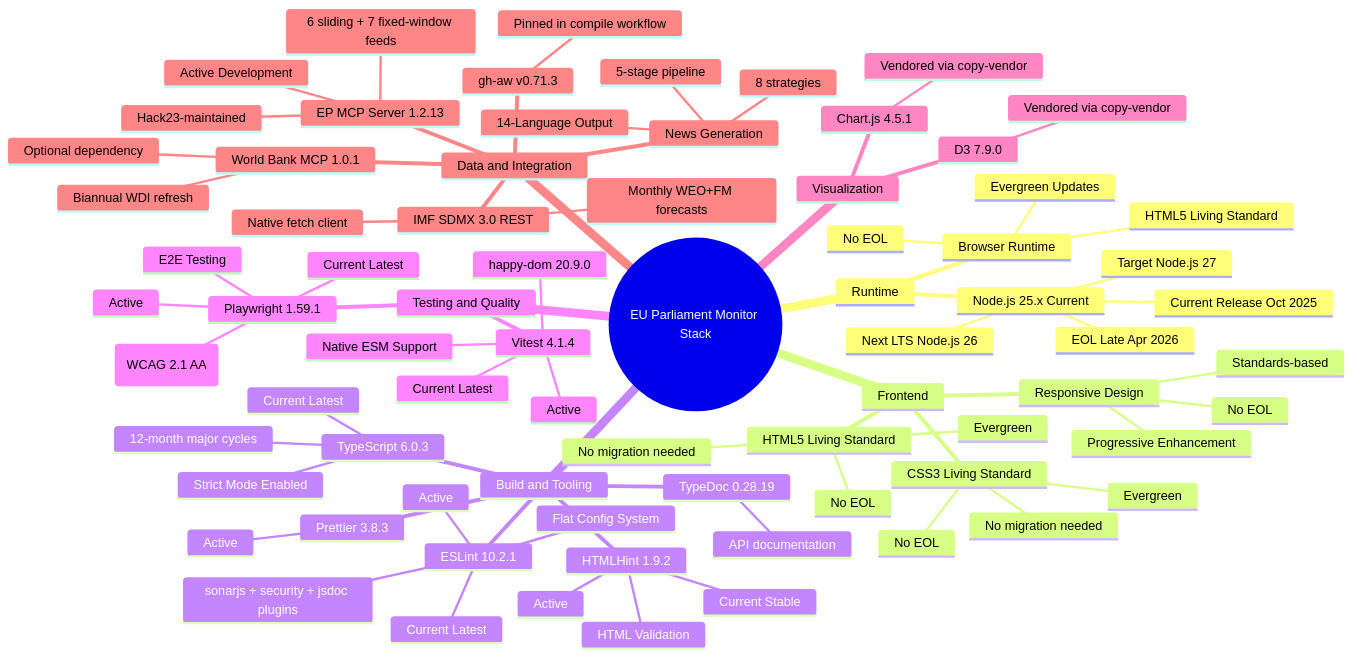
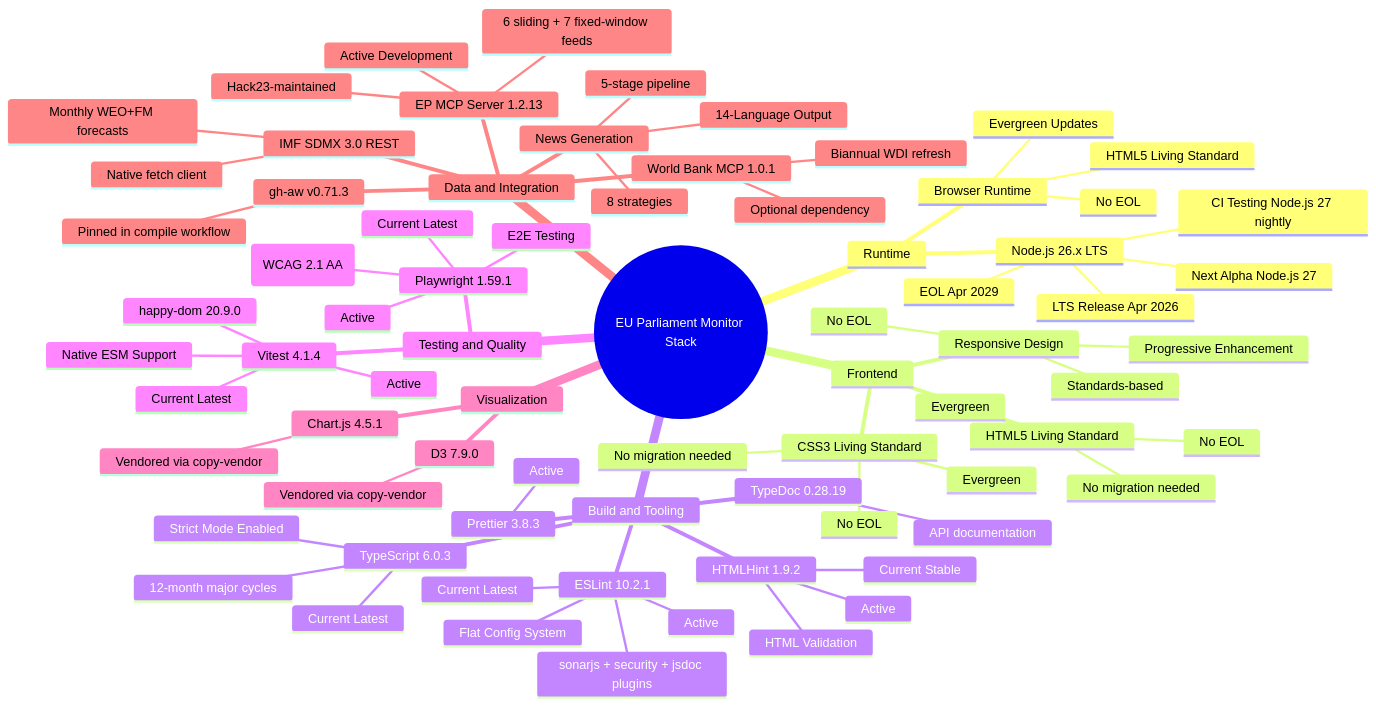
The first of 6 diagrams in End-of-Life-Strategy.md (Hack23/euparliamentmonitor), drawn with Mermaid before and after one commit. The commit also changed other lines of this file and 99 other files, not shown here.

Commit message:
chore: upgrade Node.js 25→26, add Node.js 27 nightly CI testing

````diff
--- a/End-of-Life-Strategy.md
+++ b/End-of-Life-Strategy.md
@@ -88,78 +88,78 @@
 ```mermaid
 mindmap
   root((EU Parliament Monitor Stack))
     Runtime
-      Node.js 25.x Current
-        Current Release Oct 2025
-        EOL Late Apr 2026
-        Next LTS Node.js 26
-        Target Node.js 27
+      Node.js 26.x LTS
+        LTS Release Apr 2026
+        EOL Apr 2029
+        Next Alpha Node.js 27
+        CI Testing Node.js 27 nightly
       Browser Runtime
         Evergreen Updates
         No EOL
         HTML5 Living Standard
     Frontend
       HTML5 Living Standard
         Evergreen
         No EOL
         No migration needed
       CSS3 Living Standard
         Evergreen
         No EOL
         No migration needed
       Responsive Design
         Standards-based
         No EOL
         Progressive Enhancement
     Build and Tooling
       TypeScript 6.0.3
         Current Latest
         12-month major cycles
         Strict Mode Enabled
       ESLint 10.2.1
         Current Latest
         Active
         Flat Config System
         sonarjs + security + jsdoc plugins
       HTMLHint 1.9.2
         Current Stable
         Active
         HTML Validation
       Prettier 3.8.3
         Active
       TypeDoc 0.28.19
         API documentation
     Testing and Quality
       Vitest 4.1.4
         Current Latest
         Active
         Native ESM Support
         happy-dom 20.9.0
       Playwright 1.59.1
         Current Latest
         Active
         E2E Testing
         axe-core 4.11.2 (WCAG 2.1 AA)
     Visualization
       Chart.js 4.5.1
         Vendored via copy-vendor
       D3 7.9.0
         Vendored via copy-vendor
     Data and Integration
       EP MCP Server 1.2.13
         Active Development
         Hack23-maintained
         6 sliding + 7 fixed-window feeds
       World Bank MCP 1.0.1
         Optional dependency
         Biannual WDI refresh
       IMF SDMX 3.0 REST
         Native fetch client
         Monthly WEO+FM forecasts
       gh-aw v0.71.3
         Pinned in compile workflow
       News Generation
         5-stage pipeline
         8 strategies
         14-Language Output
 ```
````
